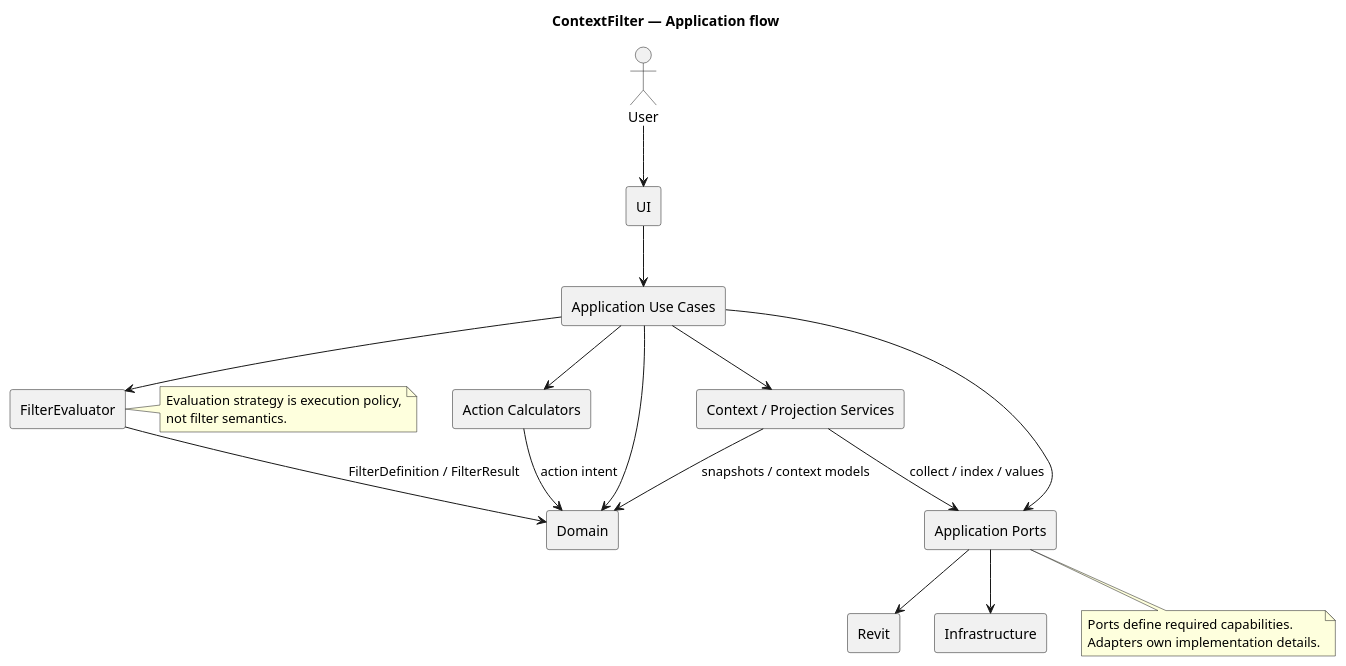
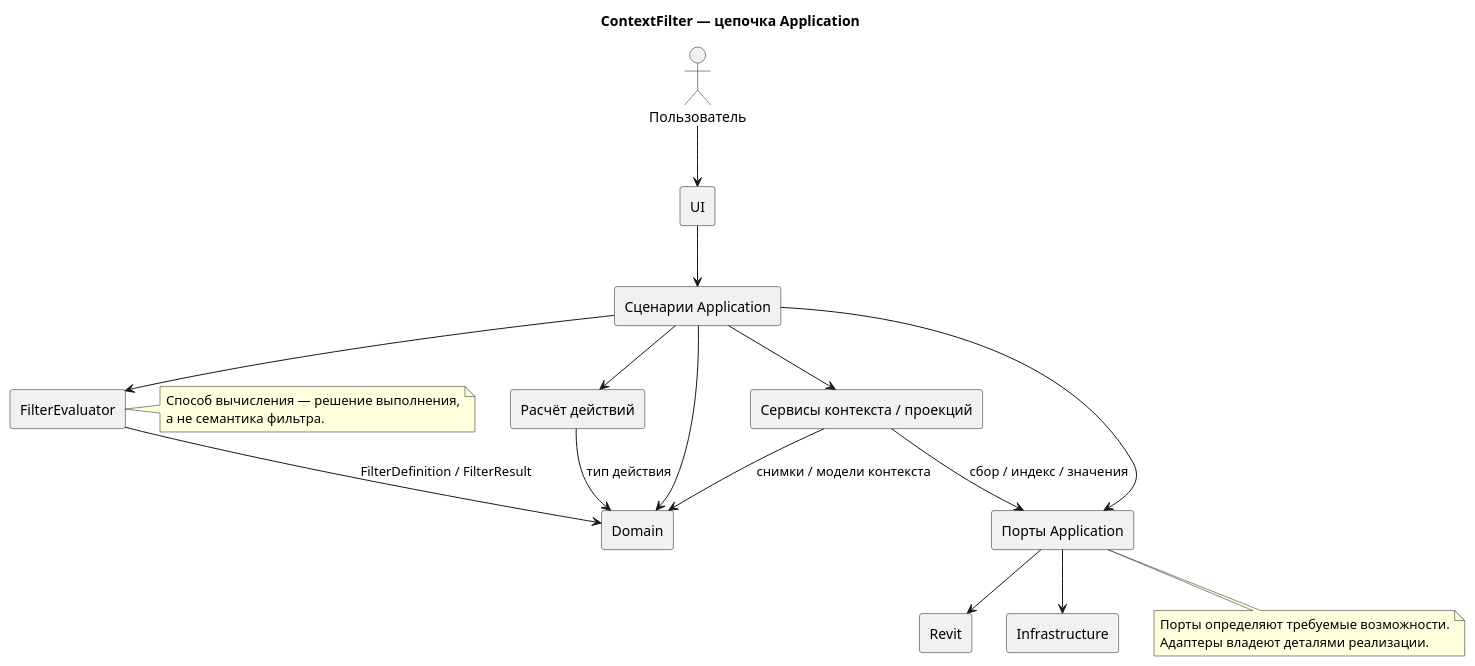
The diagram in application/diagrams/application-flow.puml (branch-danya-dev/revit-context-filter-analisys), drawn with PlantUML before and after one commit. The commit also changed 19 other files, not shown here.

```diff
--- a/application/diagrams/application-flow.puml
+++ b/application/diagrams/application-flow.puml
@@ -1,40 +1,40 @@
 @startuml
 skinparam componentStyle rectangle
 
-title ContextFilter — Application flow
+title ContextFilter — цепочка Application
 
-actor User
+actor "Пользователь" as User
 component UI
-component "Application Use Cases" as UC
-component "Context / Projection Services" as CTX
+component "Сценарии Application" as UC
+component "Сервисы контекста / проекций" as CTX
 component "FilterEvaluator" as FE
-component "Action Calculators" as AC
-component "Application Ports" as Ports
+component "Расчёт действий" as AC
+component "Порты Application" as Ports
 component Domain
 component Revit
 component Infrastructure
 
 User --> UI
 UI --> UC
 UC --> Domain
 UC --> CTX
-CTX --> Ports : collect / index / values
-CTX --> Domain : snapshots / context models
+CTX --> Ports : сбор / индекс / значения
+CTX --> Domain : снимки / модели контекста
 UC --> FE
 FE --> Domain : FilterDefinition / FilterResult
 UC --> AC
-AC --> Domain : action intent
+AC --> Domain : тип действия
 UC --> Ports
 Ports --> Revit
 Ports --> Infrastructure
 
 note right of FE
-Evaluation strategy is execution policy,
-not filter semantics.
+Способ вычисления — решение выполнения,
+а не семантика фильтра.
 end note
 
 note bottom of Ports
-Ports define required capabilities.
-Adapters own implementation details.
+Порты определяют требуемые возможности.
+Адаптеры владеют деталями реализации.
 end note
 @enduml
```
